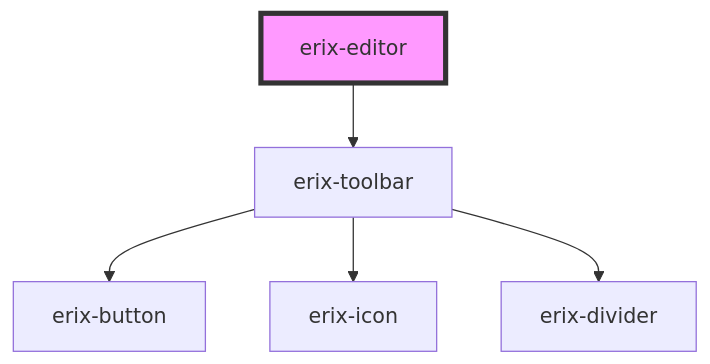
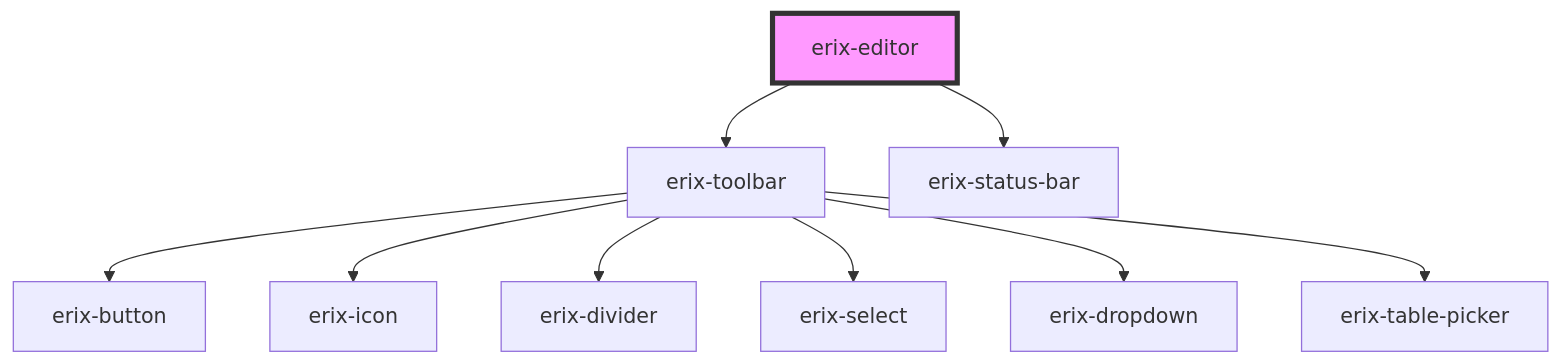
Before and after one commit to NopeThisIsShini/erix_editor: the diagram in src/components/erix-editor/readme.md, drawn with Mermaid. The commit also changed other lines of this file and 10 other files, not shown here.

````diff
--- a/src/components/erix-editor/readme.md
+++ b/src/components/erix-editor/readme.md
@@ -39,8 +40,12 @@
 ```mermaid
 graph TD;
   erix-editor --> erix-toolbar
+  erix-editor --> erix-status-bar
   erix-toolbar --> erix-button
   erix-toolbar --> erix-icon
   erix-toolbar --> erix-divider
+  erix-toolbar --> erix-select
+  erix-toolbar --> erix-dropdown
+  erix-toolbar --> erix-table-picker
   style erix-editor fill:#f9f,stroke:#333,stroke-width:4px
 ```
````
